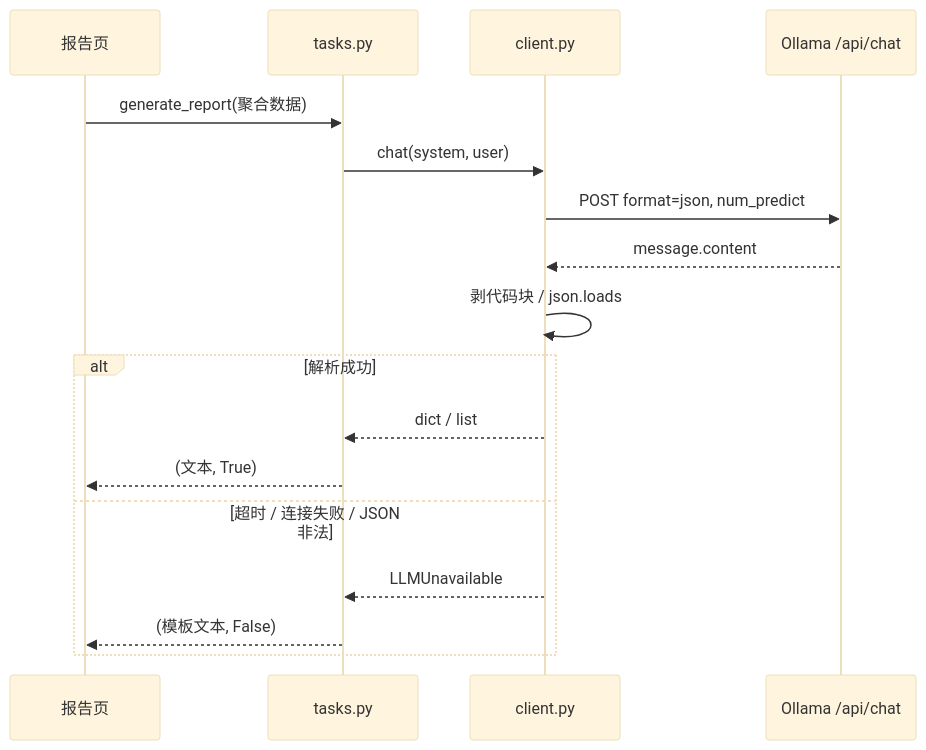
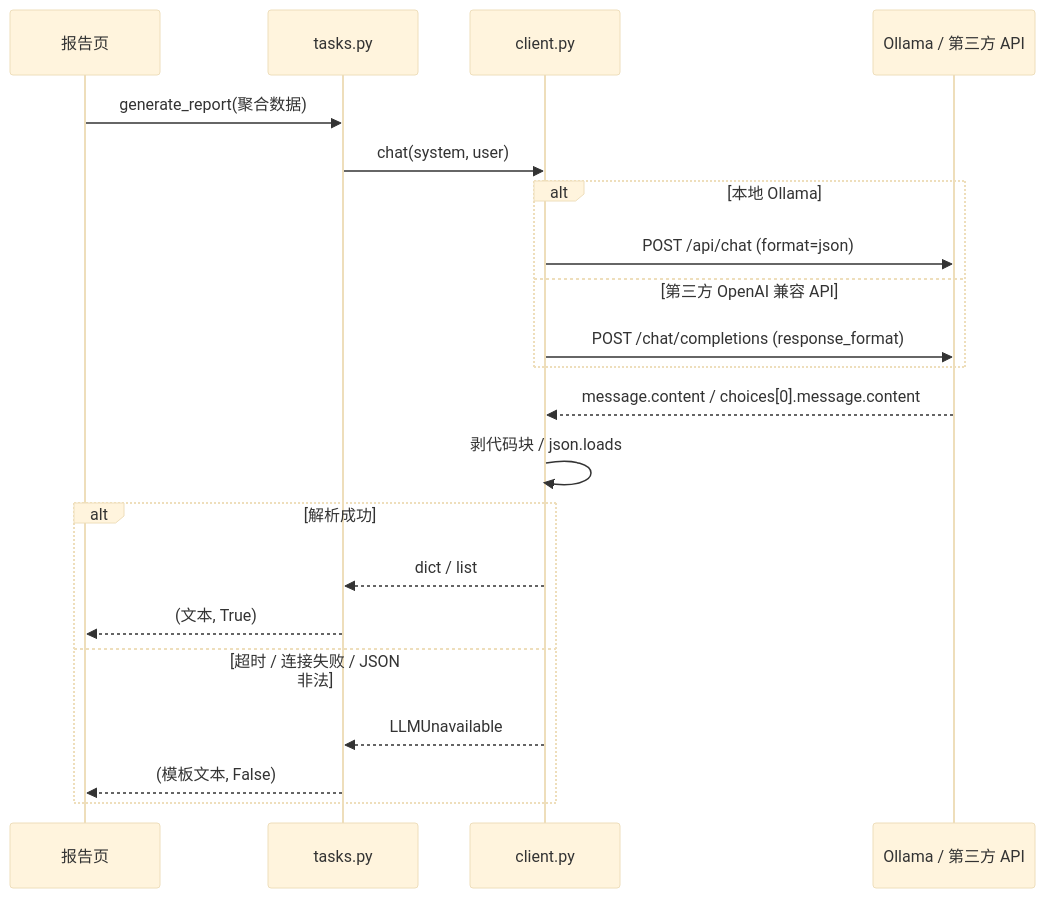
The second of 2 diagrams in docs/概要设计.md (SBTstudio/Intelligent_Warehousing), drawn with Mermaid (base theme) before and after one commit. The commit also changed other lines of this file and 23 other files, not shown here.

First line of the commit message:
feat: 支持第三方 OpenAI 兼容 API（v1.0.2）

````diff
--- a/docs/概要设计.md
+++ b/docs/概要设计.md
@@ -172,19 +175,23 @@
 ```mermaid
 sequenceDiagram
     participant UI as 报告页
     participant Task as tasks.py
     participant Client as client.py
-    participant Ollama as Ollama /api/chat
+    participant Model as Ollama / 第三方 API
     UI->>Task: generate_report(聚合数据)
     Task->>Client: chat(system, user)
-    Client->>Ollama: POST format=json, num_predict
-    Ollama-->>Client: message.content
+    alt 本地 Ollama
+        Client->>Model: POST /api/chat (format=json)
+    else 第三方 OpenAI 兼容 API
+        Client->>Model: POST /chat/completions (response_format)
+    end
+    Model-->>Client: message.content / choices[0].message.content
     Client->>Client: 剥代码块 / json.loads
     alt 解析成功
         Client-->>Task: dict / list
         Task-->>UI: (文本, True)
     else 超时 / 连接失败 / JSON 非法
         Client-->>Task: LLMUnavailable
         Task-->>UI: (模板文本, False)
     end
 ```
````
